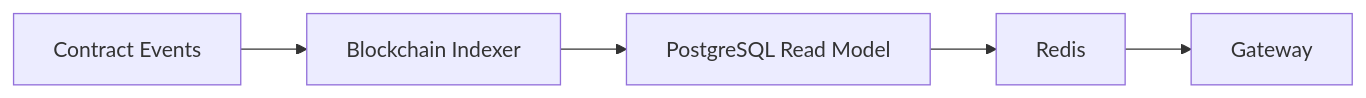
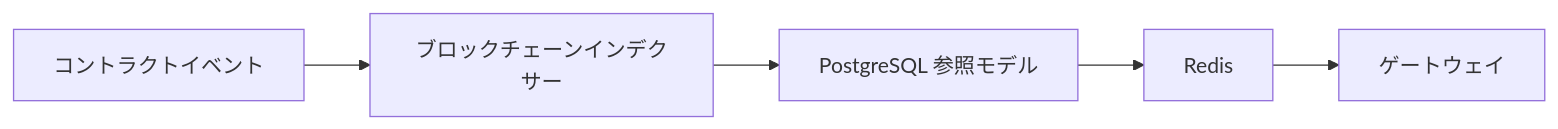
One commit to ShigeichiroYamasaki/creator-first-platform changed the second of 3 diagrams in docs/adr/ADR-0009-navidrome-streaming-gateway.md. Above: the diagram before and after it, drawn with Mermaid. The commit also changed other lines of this file and 72 other files, not shown here.

````diff
--- a/docs/adr/ADR-0009-navidrome-streaming-gateway.md
+++ b/docs/adr/ADR-0009-navidrome-streaming-gateway.md
@@ -215,10 +215,10 @@
 ```mermaid
 flowchart LR
-    CONTRACT[Contract Events]
-    INDEXER[Blockchain Indexer]
-    DB[PostgreSQL Read Model]
+    CONTRACT[コントラクトイベント]
+    INDEXER[ブロックチェーンインデクサー]
+    DB[PostgreSQL 参照モデル]
     CACHE[Redis]
-    GATEWAY[Gateway]
+    GATEWAY[ゲートウェイ]
 
     CONTRACT --> INDEXER --> DB --> CACHE --> GATEWAY
 ```
````
